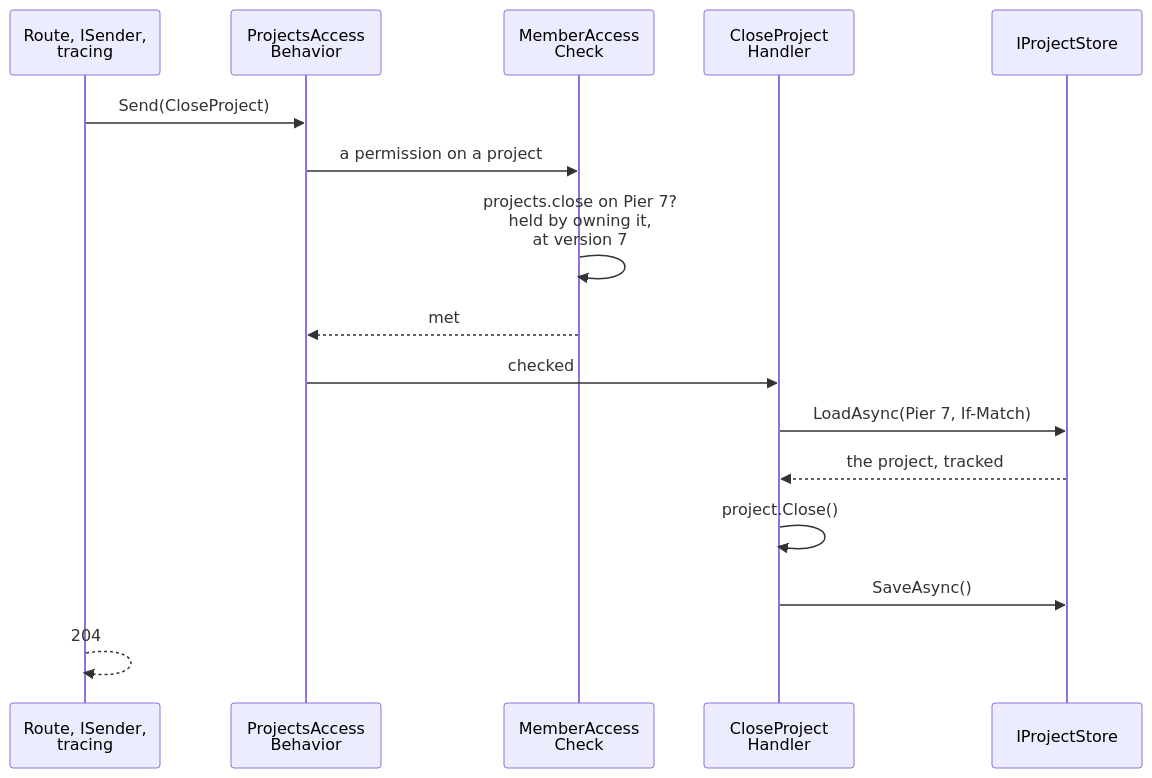
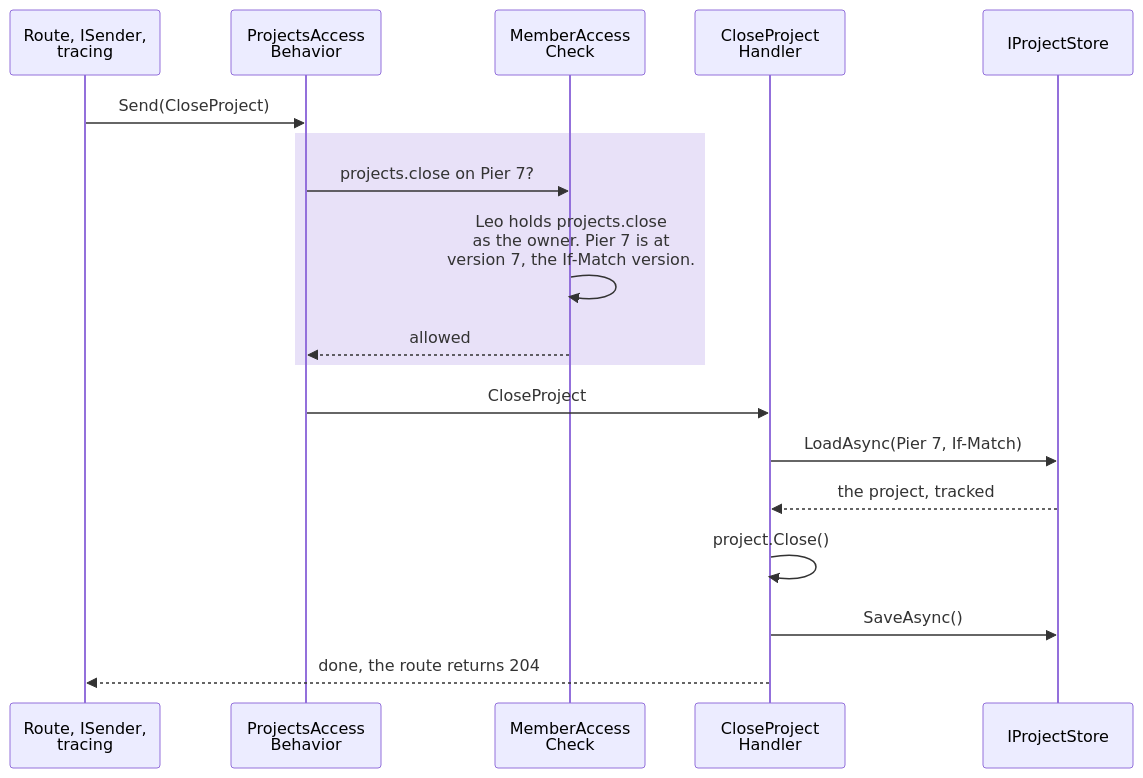
One commit to DylanSnel/DDDToolkit changed the first of 3 diagrams in docs/tenancy/sample/who-may-do-what.md. Above: the diagram before and after it, drawn with Mermaid. The commit also changed other lines of this file and 24 other files, not shown here.

First line of the commit message:
Docs: plain prose and readable diagrams for Tenancy and Membership

````diff
--- a/docs/tenancy/sample/who-may-do-what.md
+++ b/docs/tenancy/sample/who-may-do-what.md
@@ -49,19 +60,21 @@
 ```mermaid
 sequenceDiagram
     participant Route as Route, ISender,<br/>tracing
     participant Behavior as ProjectsAccess<br/>Behavior
     participant Check as MemberAccess<br/>Check
     participant Handler as CloseProject<br/>Handler
     participant Store as IProjectStore
 
     Route->>Behavior: Send(CloseProject)
-    Behavior->>Check: a permission on a project
-    Check->>Check: projects.close on Pier 7?<br/>held by owning it,<br/>at version 7
-    Check-->>Behavior: met
-    Behavior->>Handler: checked
+    rect rgba(91, 46, 201, 0.14)
+        Behavior->>Check: projects.close on Pier 7?
+        Check->>Check: Leo holds projects.close<br/>as the owner. Pier 7 is at<br/>version 7, the If-Match version.
+        Check-->>Behavior: allowed
+    end
+    Behavior->>Handler: CloseProject
     Handler->>Store: LoadAsync(Pier 7, If-Match)
     Store-->>Handler: the project, tracked
     Handler->>Handler: project.Close()
     Handler->>Store: SaveAsync()
-    Route-->>Route: 204
+    Handler-->>Route: done, the route returns 204
 ```
````
